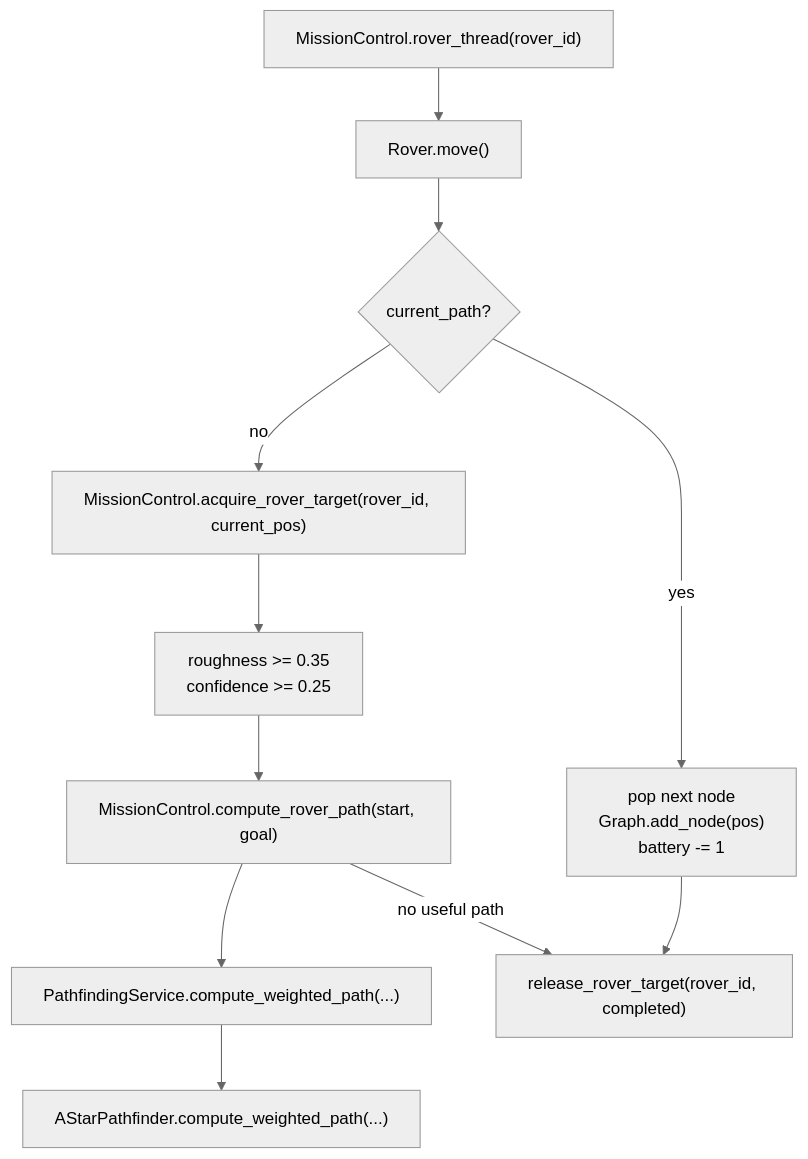
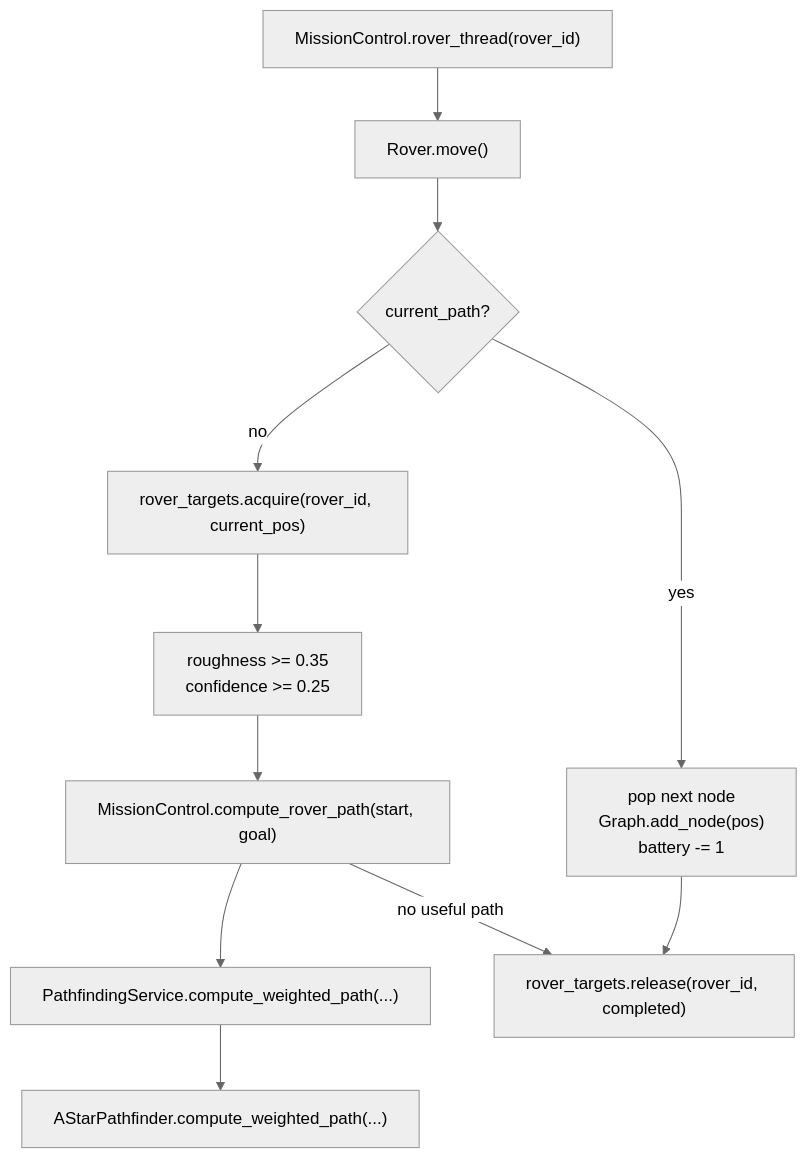
Diagram 11 of 14 in CODEFLOW.md (Gmark117/Cave_Game), drawn with Mermaid (neutral theme) before and after one commit. The commit also changed other lines of this file and 82 other files, not shown here.

````diff
--- a/CODEFLOW.md
+++ b/CODEFLOW.md
@@ -660,18 +713,18 @@
 ```mermaid
 flowchart TD
     Thread["MissionControl.rover_thread(rover_id)"]
     Move["Rover.move()"]
     HasPath{"current_path?"}
     Step["pop next node<br/>Graph.add_node(pos)<br/>battery -= 1"]
-    Acquire["MissionControl.acquire_rover_target(rover_id, current_pos)"]
+    Acquire["rover_targets.acquire(rover_id, current_pos)"]
     Target["roughness >= 0.35<br/>confidence >= 0.25"]
     Path["MissionControl.compute_rover_path(start, goal)"]
     Service["PathfindingService.compute_weighted_path(...)"]
     Weighted["AStarPathfinder.compute_weighted_path(...)"]
-    Release["release_rover_target(rover_id, completed)"]
+    Release["rover_targets.release(rover_id, completed)"]
 
     Thread --> Move --> HasPath
     HasPath -->|"yes"| Step --> Release
     HasPath -->|"no"| Acquire --> Target --> Path --> Service --> Weighted
     Path -->|"no useful path"| Release
 ```
````
